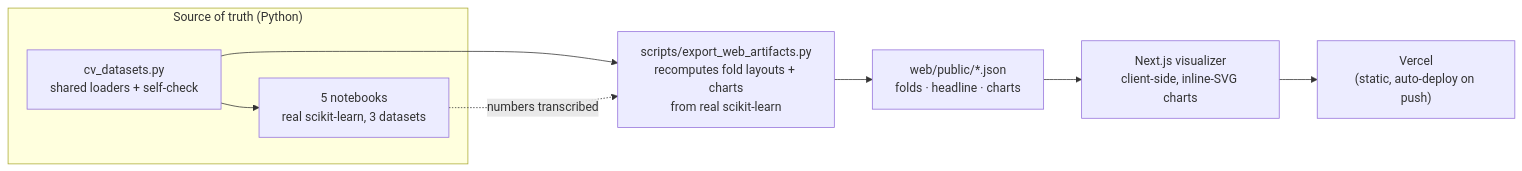
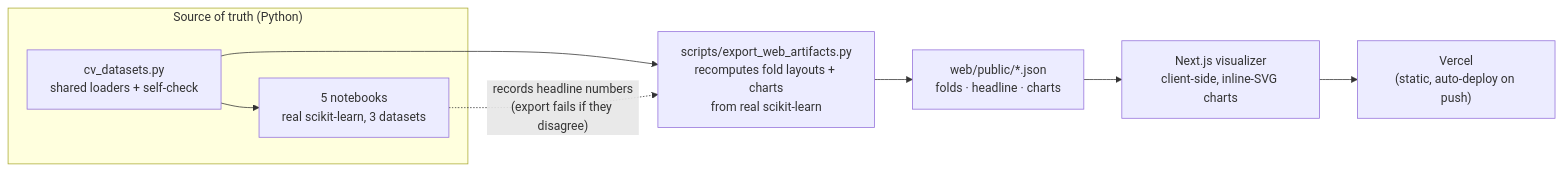
Before and after one commit to shiva-shivanibokka/All-About-Cross-Validation: the diagram in README.md, drawn with Mermaid. The commit also changed other lines of this file and 8 other files, not shown here.

````diff
--- a/README.md
+++ b/README.md
@@ -135,13 +135,13 @@
 ```mermaid
 flowchart LR
     subgraph src["Source of truth (Python)"]
         DS["cv_datasets.py<br/>shared loaders + self-check"]
         NB["5 notebooks<br/>real scikit-learn, 3 datasets"]
     end
     DS --> NB
     DS --> EXP["scripts/export_web_artifacts.py<br/>recomputes fold layouts + charts<br/>from real scikit-learn"]
-    NB -. numbers transcribed .-> EXP
+    NB -. "records headline numbers<br/>(export fails if they disagree)" .-> EXP
     EXP --> JSON["web/public/*.json<br/>folds · headline · charts"]
     JSON --> APP["Next.js visualizer<br/>client-side, inline-SVG charts"]
     APP --> VER["Vercel<br/>(static, auto-deploy on push)"]
 ```
````
